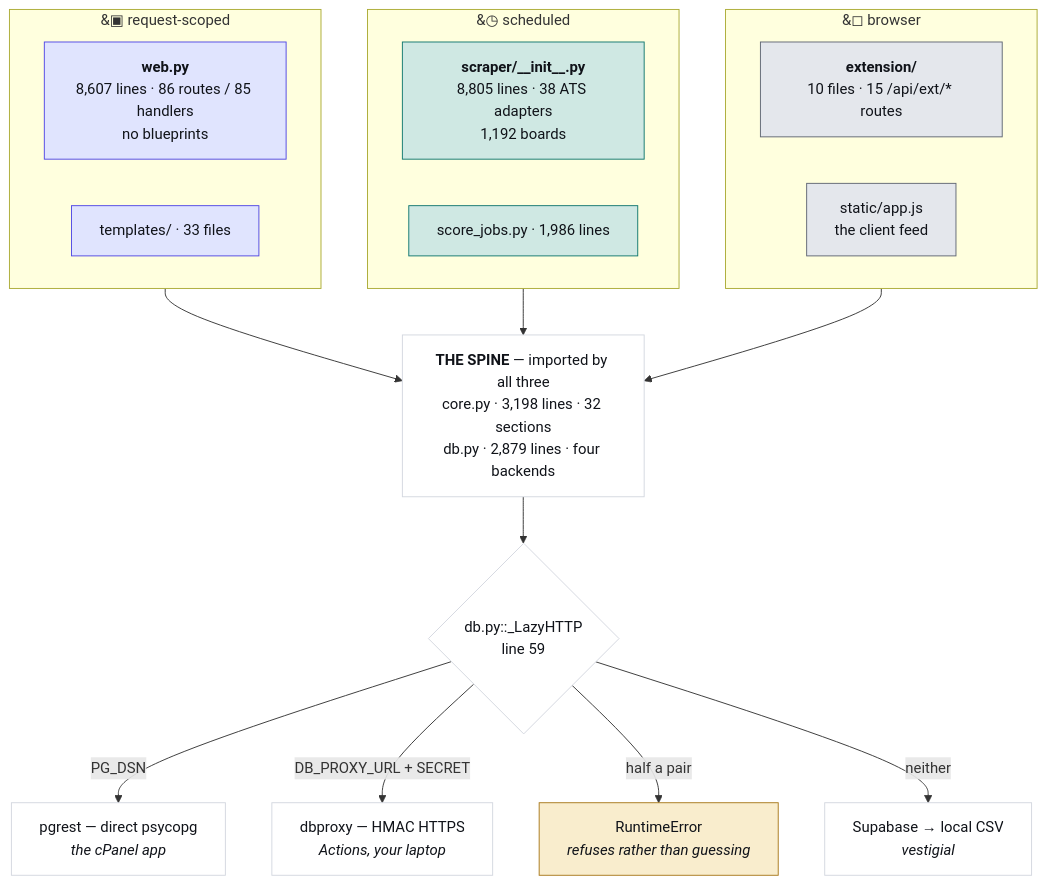
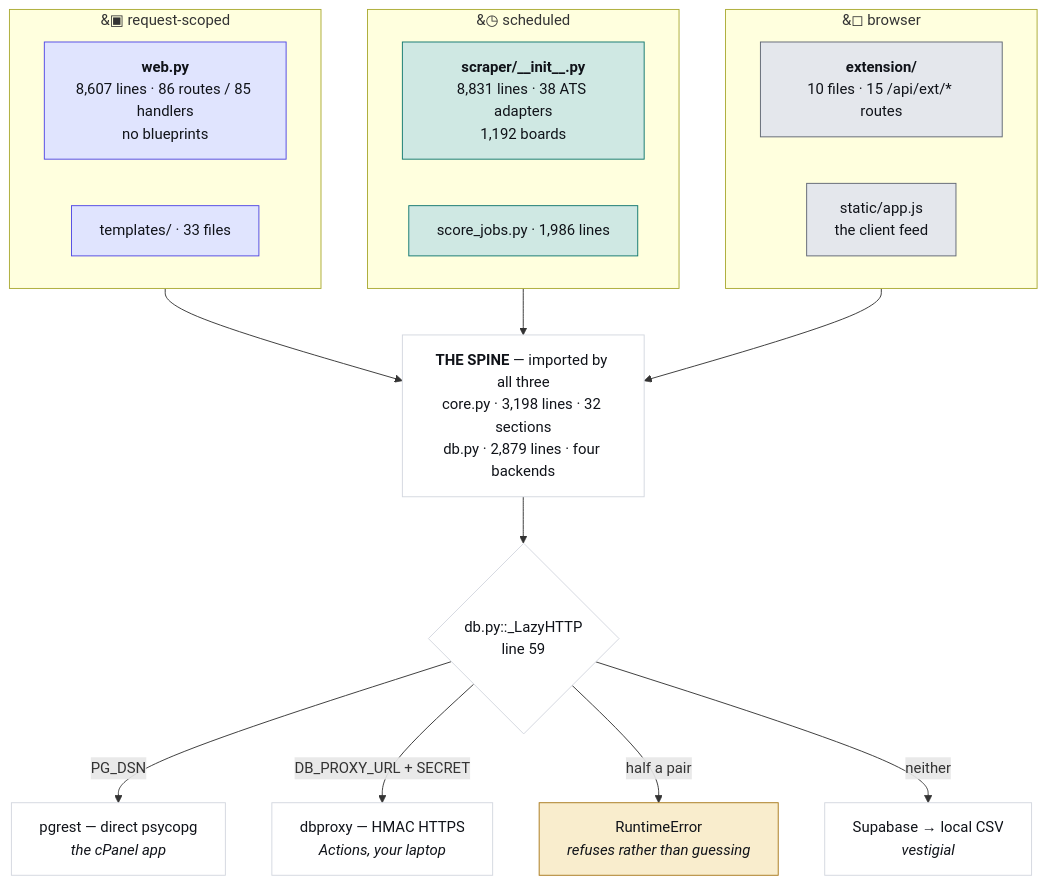
Before and after one commit to hadakunal909-debug/job-search-tool: the first of 4 diagrams in JobMatch Scraper/docs/ARCHITECTURE.md, drawn with Mermaid. The commit also changed other lines of this file and 5 other files, not shown here.

````diff
--- a/JobMatch Scraper/docs/ARCHITECTURE.md
+++ b/JobMatch Scraper/docs/ARCHITECTURE.md
@@ -45,34 +45,34 @@
 ```mermaid
 flowchart TB
   subgraph REQ["&#9635; request-scoped"]
     W["<b>web.py</b><br/>8,607 lines · 86 routes / 85 handlers<br/>no blueprints"]
     T["templates/ · 33 files"]
   end
   subgraph SCH["&#9719; scheduled"]
-    S["<b>scraper/__init__.py</b><br/>8,805 lines · 38 ATS adapters<br/>1,192 boards"]
+    S["<b>scraper/__init__.py</b><br/>8,831 lines · 38 ATS adapters<br/>1,192 boards"]
     J["score_jobs.py · 1,986 lines"]
   end
   subgraph CLI["&#9723; browser"]
     E["<b>extension/</b><br/>10 files · 15 /api/ext/* routes"]
     A["static/app.js<br/>the client feed"]
   end
   SPINE["<b>THE SPINE</b> — imported by all three<br/>core.py · 3,198 lines · 32 sections<br/>db.py · 2,879 lines · four backends"]
   REQ --> SPINE
   SCH --> SPINE
   CLI --> SPINE
   SPINE --> D{"db.py::_LazyHTTP<br/>line 59"}
   D -->|"PG_DSN"| P["pgrest — direct psycopg<br/><i>the cPanel app</i>"]
   D -->|"DB_PROXY_URL + SECRET"| X["dbproxy — HMAC HTTPS<br/><i>Actions, your laptop</i>"]
   D -->|"half a pair"| R["RuntimeError<br/><i>refuses rather than guessing</i>"]
   D -->|"neither"| V["Supabase → local CSV<br/><i>vestigial</i>"]
   classDef web fill:#e0e4fe,stroke:#4f46e5,color:#101319
   classDef sched fill:#cfe8e3,stroke:#0f766e,color:#101319
   classDef client fill:#e4e7ec,stroke:#5f6573,color:#101319
   classDef trap fill:#f9edcd,stroke:#a8781a,color:#101319
   classDef plain fill:#ffffff,stroke:#d3d7df,color:#101319
   class W,T web
   class S,J sched
   class E,A client
   class R trap
   class SPINE,D,P,X,V plain
 ```
````
